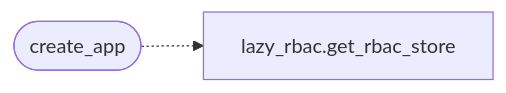
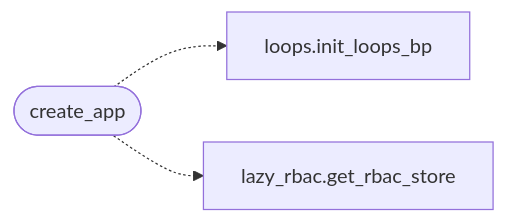
Before and after one commit to grisuno/LazyOwn: the diagram in readmenator-apidocs/modules/lazyc2.app_factory.py.md, drawn with Mermaid. The commit also changed other lines of this file and 508 other files, not shown here.

````diff
--- a/readmenator-apidocs/modules/lazyc2.app_factory.py.md
+++ b/readmenator-apidocs/modules/lazyc2.app_factory.py.md
@@ -26,6 +26,8 @@
 ```mermaid
 flowchart LR
     n_lazyc2_app_factory_py__create_app(["create_app"])
+    n_lazyc2_blueprints_loops_py__init_loops_bp["loops.init_loops_bp"]
     n_modules_lazy_rbac_py__get_rbac_store["lazy_rbac.get_rbac_store"]
+    n_lazyc2_app_factory_py__create_app -.-> n_lazyc2_blueprints_loops_py__init_loops_bp
     n_lazyc2_app_factory_py__create_app -.-> n_modules_lazy_rbac_py__get_rbac_store
 ```
````
